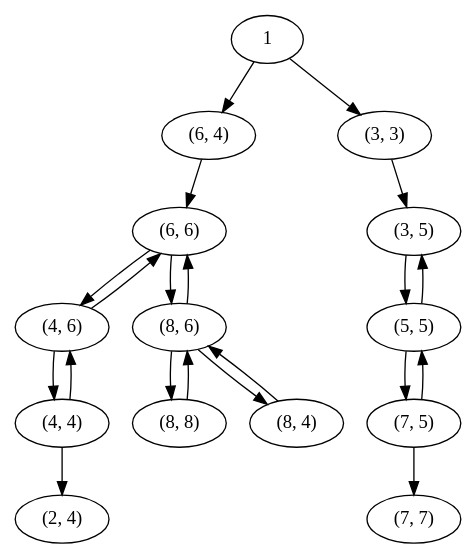
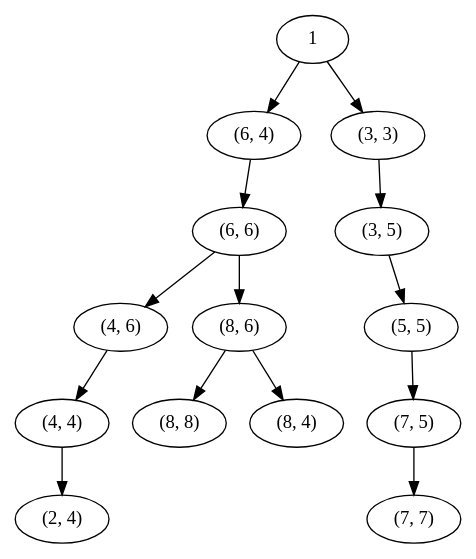
Before and after one commit to groupe25/LE_CHEMIN_DES_CHEFS: the diagram in toto.dot, drawn with Graphviz. The commit also changed 2 other files, not shown here.

```diff
--- a/toto.dot
+++ b/toto.dot
@@ -1,36 +1,29 @@
 strict digraph G {
 1 [niveau=0];
-"(4, 6)" [niveau=5];
-"(6, 6)" [niveau=4];
+"(4, 6)" [niveau=3];
+"(6, 6)" [niveau=2];
 "(4, 4)" [niveau=4];
-"(5, 5)" [niveau=5];
-"(3, 5)" [niveau=4];
+"(5, 5)" [niveau=3];
+"(3, 5)" [niveau=2];
 "(8, 8)" [niveau=4];
 "(7, 5)" [niveau=4];
 "(7, 7)" [niveau=5];
-"(8, 6)" [niveau=5];
+"(8, 6)" [niveau=3];
 "(6, 4)" [niveau=1];
 "(8, 4)" [niveau=4];
 "(2, 4)" [niveau=5];
 "(3, 3)" [niveau=1];
 1 -> "(6, 4)";
 1 -> "(3, 3)";
 "(4, 6)" -> "(4, 4)";
-"(4, 6)" -> "(6, 6)";
 "(6, 6)" -> "(8, 6)";
 "(6, 6)" -> "(4, 6)";
 "(4, 4)" -> "(2, 4)";
-"(4, 4)" -> "(4, 6)";
 "(5, 5)" -> "(7, 5)";
-"(5, 5)" -> "(3, 5)";
 "(3, 5)" -> "(5, 5)";
-"(8, 8)" -> "(8, 6)";
-"(7, 5)" -> "(5, 5)";
 "(7, 5)" -> "(7, 7)";
 "(8, 6)" -> "(8, 8)";
 "(8, 6)" -> "(8, 4)";
-"(8, 6)" -> "(6, 6)";
 "(6, 4)" -> "(6, 6)";
-"(8, 4)" -> "(8, 6)";
 "(3, 3)" -> "(3, 5)";
 }
```
